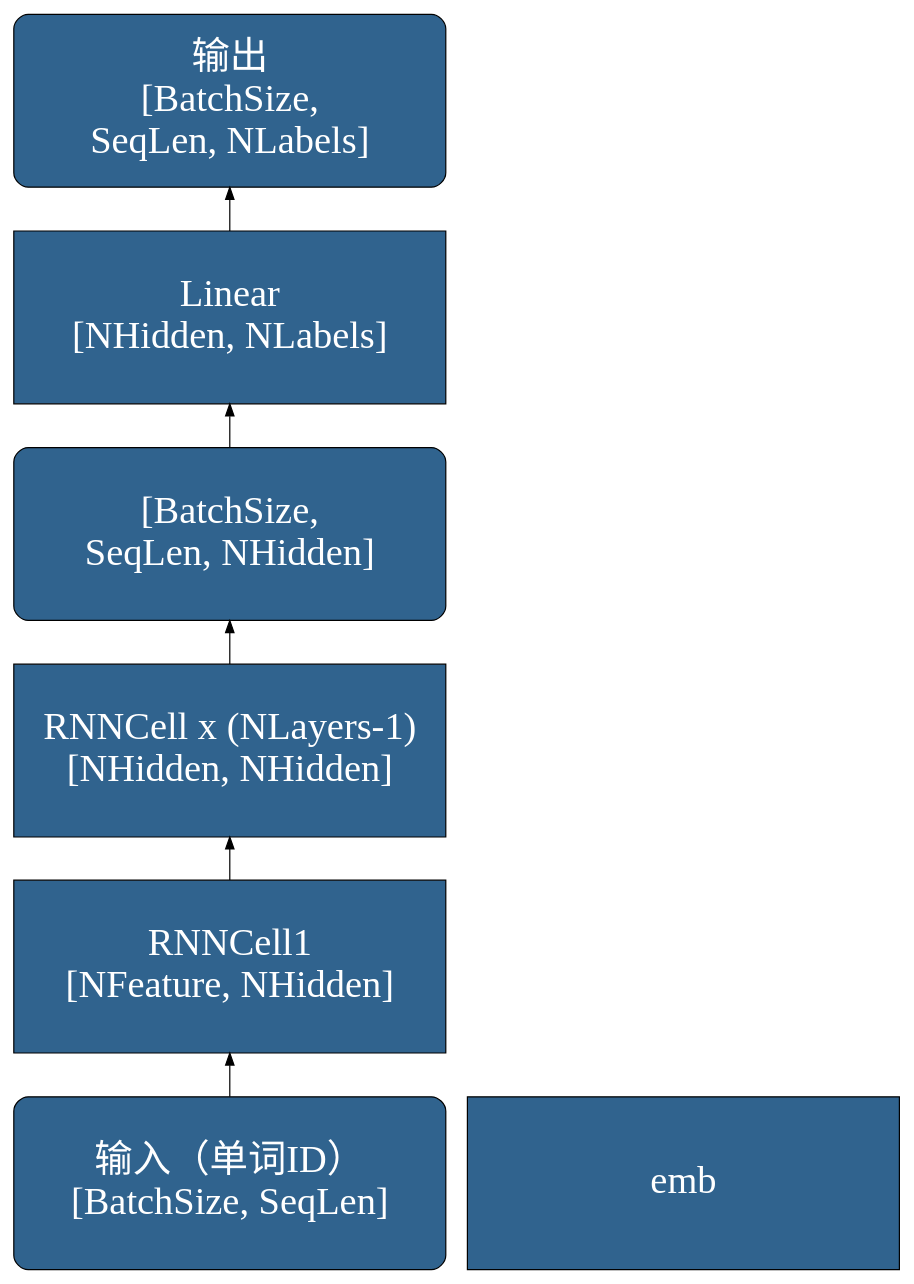
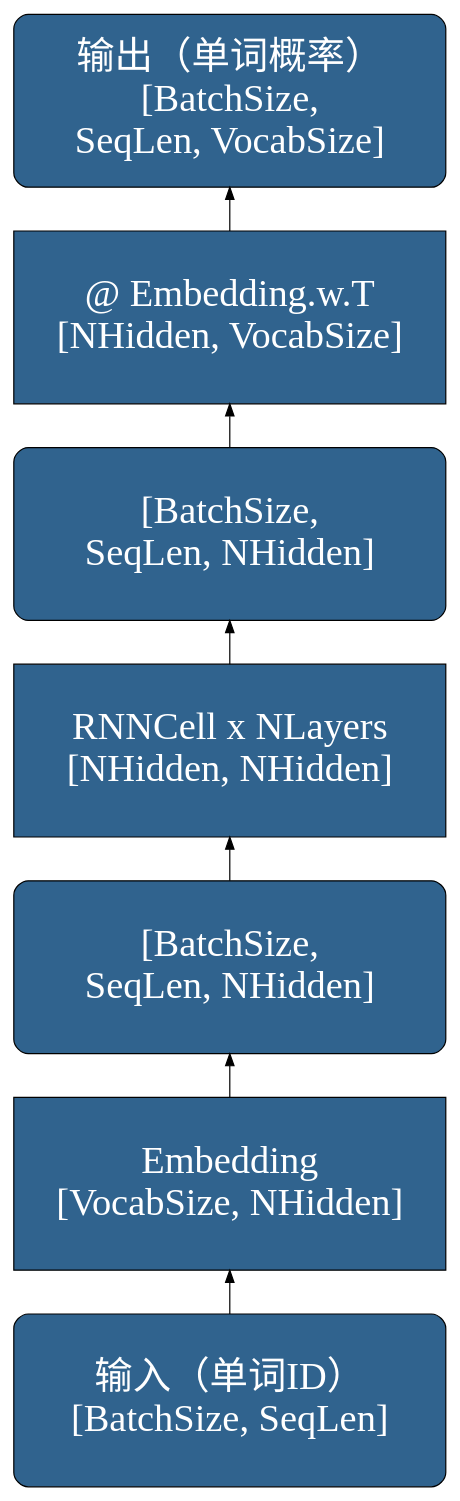
Before and after one commit to OpenDocCN/python-code-anls: the diagram in docs/basic_dl_arch/5_2_rnn_nlp.dot, drawn with Graphviz. The commit also changed 1 other file, not shown here.

```diff
--- a/docs/basic_dl_arch/5_2_rnn_nlp.dot
+++ b/docs/basic_dl_arch/5_2_rnn_nlp.dot
@@ -1,24 +1,24 @@
 digraph NLPRNN {
 	rankdir=BT
     node [
 		style=filled, 
 		color=Black
 		fontcolor=White, 
 		fillcolor="#30638e", 
 		fontname="SimHei",
 		fontsize=32,
 		width=5, height=2,
 		shape="box",
 	]
 	
 	
-	inp  [label="输入（单词ID）\n[BatchSize, SeqLen]", shape="Mrecord"]
-	emb  []
-    rnn1 [label="RNNCell1\n[NFeature, NHidden]"]
-    rnn_rest [label="RNNCell x (NLayers-1)\n[NHidden, NHidden]"]
-    hidst [label="[BatchSize,\n SeqLen, NHidden]", shape="Mrecord"]
-	ll  [label="Linear\n[NHidden, NLabels]"]
-	oup [label="输出\n[BatchSize,\n SeqLen, NLabels]", shape="Mrecord"]
+	inp      [label="输入（单词ID）\n[BatchSize, SeqLen]", shape="Mrecord"]
+	emb      [label="Embedding\n[VocabSize, NHidden]"]
+	inp_emb  [label="[BatchSize,\n SeqLen, NHidden]", shape="Mrecord"]
+    rnn      [label="RNNCell x NLayers\n[NHidden, NHidden]"]
+    hidst    [label="[BatchSize,\n SeqLen, NHidden]", shape="Mrecord"]
+	emb_w_t  [label="@ Embedding.w.T\n[NHidden, VocabSize]"]
+	oup      [label="输出（单词概率）\n[BatchSize,\n SeqLen, VocabSize]", shape="Mrecord"]
 	
-	inp -> rnn1 -> rnn_rest -> hidst -> ll -> oup
+	inp -> emb -> inp_emb -> rnn -> hidst -> emb_w_t -> oup
 }
```
